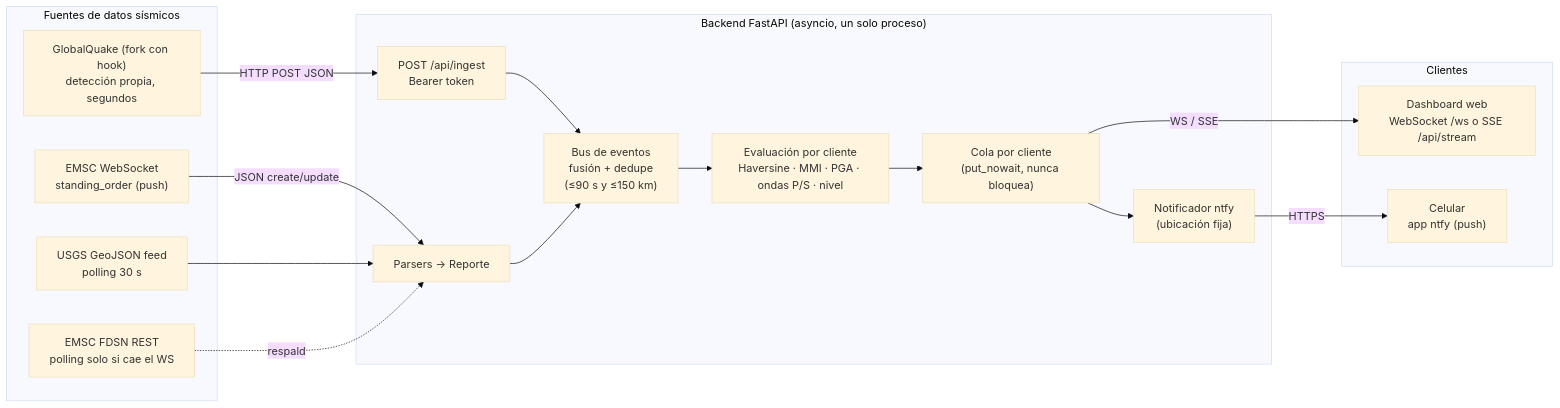
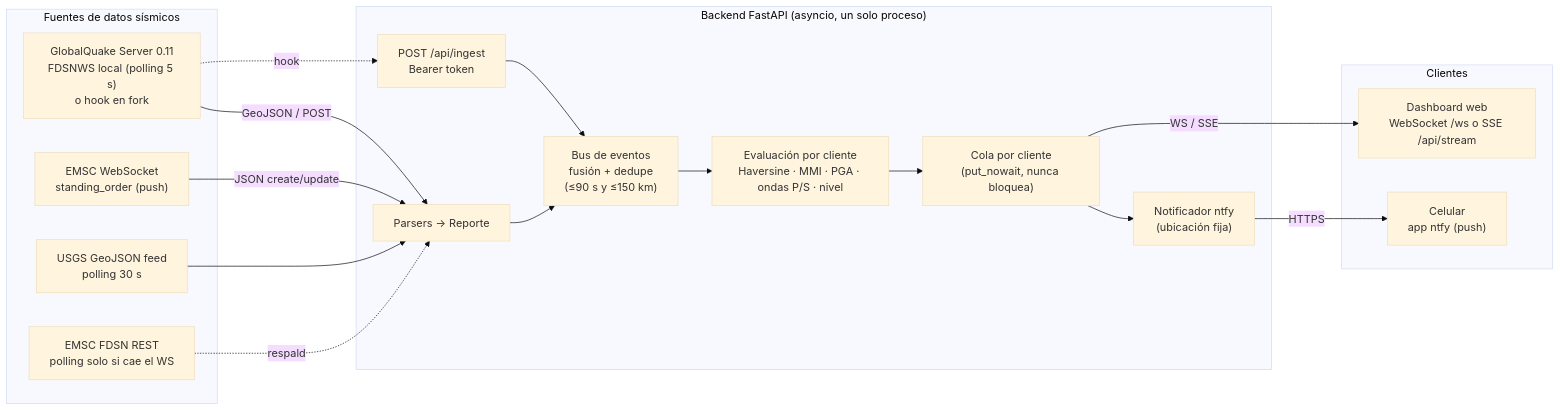
One commit to cristiangm3005/metalgenomic.cl changed the first of 2 diagrams in sismo-rt/docs/ARQUITECTURA.md. Above: the diagram before and after it, drawn with Mermaid (base theme). The commit also changed other lines of this file and 11 other files, not shown here.

First line of the commit message:
Corrige fórmula de intensidad y conecta GlobalQuake Server vía FDSNWS

````diff
--- a/sismo-rt/docs/ARQUITECTURA.md
+++ b/sismo-rt/docs/ARQUITECTURA.md
@@ -5,31 +5,32 @@
 ```mermaid
 flowchart LR
     subgraph Fuentes["Fuentes de datos sísmicos"]
-        GQ["GlobalQuake (fork con hook)<br/>detección propia, segundos"]
+        GQ["GlobalQuake Server 0.11<br/>FDSNWS local (polling 5 s)<br/>o hook en fork"]
         EWS["EMSC WebSocket<br/>standing_order (push)"]
         USGS["USGS GeoJSON feed<br/>polling 30 s"]
         EREST["EMSC FDSN REST<br/>polling solo si cae el WS"]
     end
 
     subgraph Backend["Backend FastAPI (asyncio, un solo proceso)"]
         ING["POST /api/ingest<br/>Bearer token"]
         PAR["Parsers → Reporte"]
         BUS["Bus de eventos<br/>fusión + dedupe<br/>(≤90 s y ≤150 km)"]
         EVAL["Evaluación por cliente<br/>Haversine · MMI · PGA · ondas P/S · nivel"]
         Q["Cola por cliente<br/>(put_nowait, nunca bloquea)"]
         NT["Notificador ntfy<br/>(ubicación fija)"]
     end
 
     subgraph Clientes
         WEB["Dashboard web<br/>WebSocket /ws o SSE /api/stream"]
         CEL["Celular<br/>app ntfy (push)"]
     end
 
-    GQ -->|HTTP POST JSON| ING --> BUS
+    GQ -->|GeoJSON / POST| PAR
+    GQ -.hook.-> ING --> BUS
     EWS -->|JSON create/update| PAR
     USGS --> PAR
     EREST -.respaldo.-> PAR
     PAR --> BUS --> EVAL --> Q
     Q -->|WS / SSE| WEB
     Q --> NT -->|HTTPS| CEL
 ```
````
